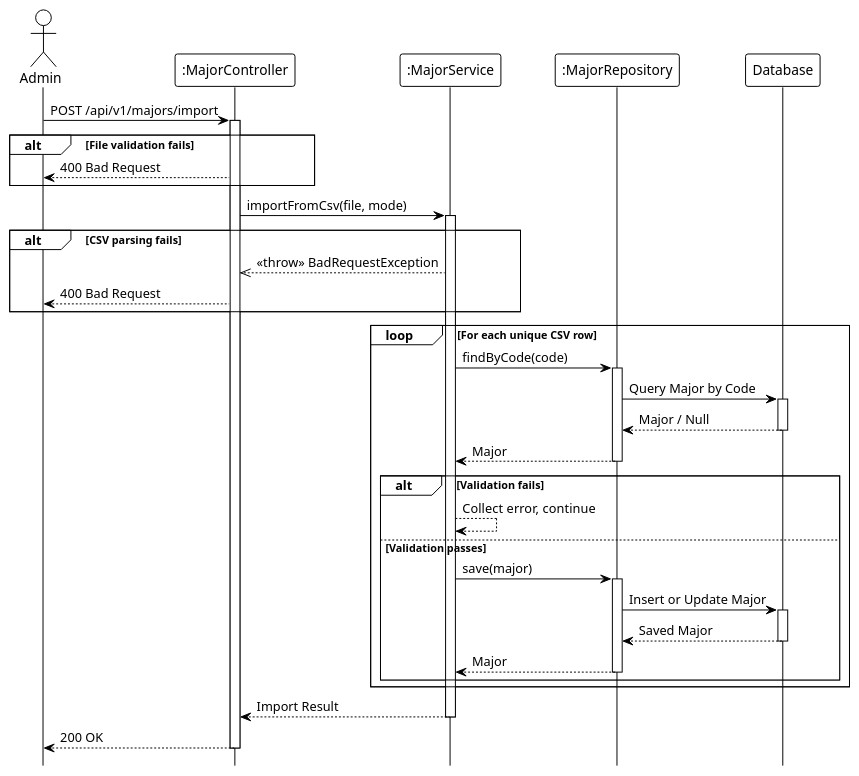
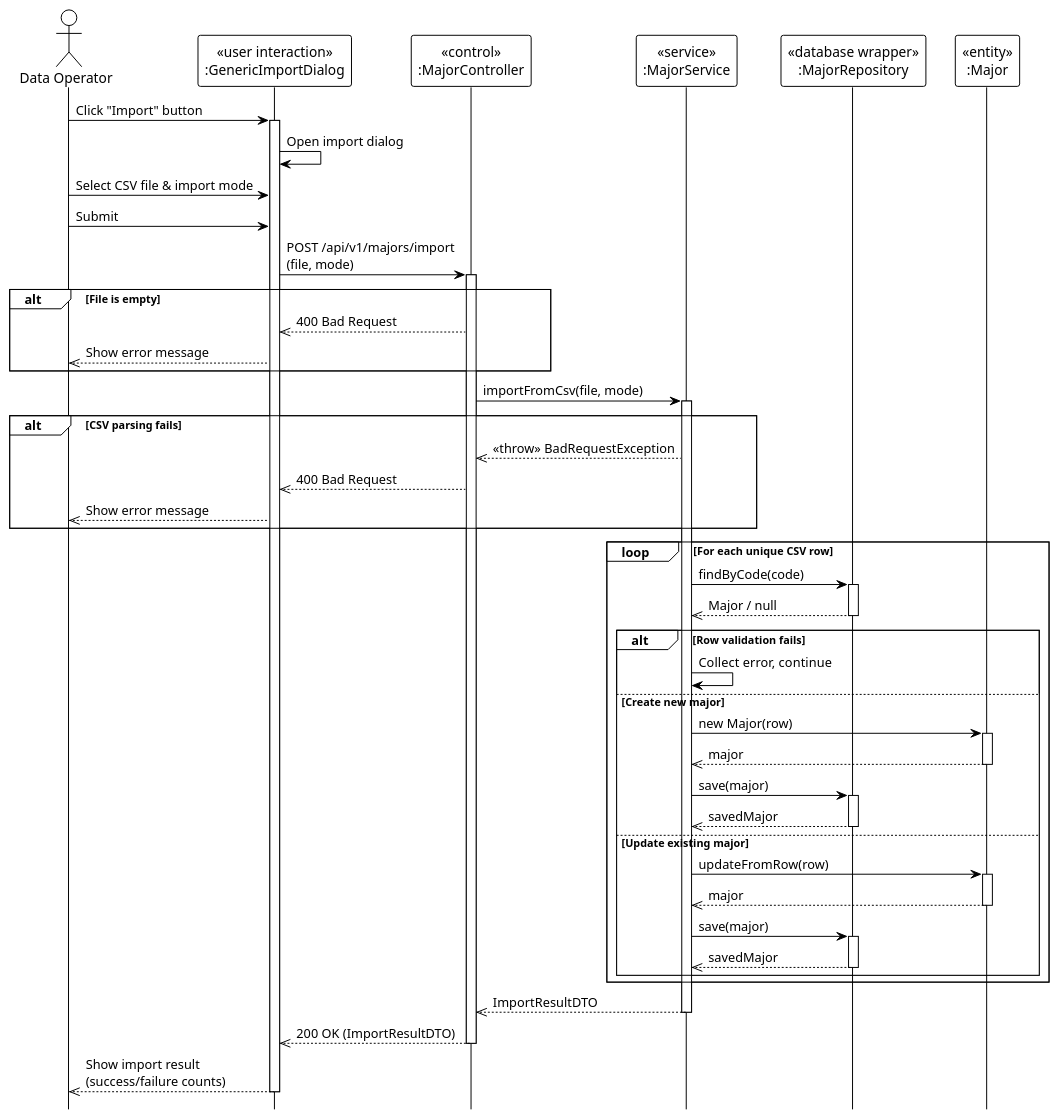
Before and after one commit to Ndh474/context: the diagram in system_detailed_design/16_import_csv_major/sequence_diagram_import_csv_major.puml, drawn with PlantUML. The commit also changed 6 other files, not shown here.

Commit message:
docs(system_detailed_design): add UML stereotypes to major sequence diagrams

```diff
--- a/system_detailed_design/16_import_csv_major/sequence_diagram_import_csv_major.puml
+++ b/system_detailed_design/16_import_csv_major/sequence_diagram_import_csv_major.puml
@@ -1,72 +1,81 @@
 @startuml import_csv_major
 !theme plain
 hide footbox
 
-actor Admin
-participant ":MajorController" as Controller
-participant ":MajorService" as Service
-participant ":MajorRepository" as Repository
-participant "Database" as DB
+actor "Data Operator" as DataOperator
 
-' --- MAIN FLOW ---
-Admin -> Controller: POST /api/v1/majors/import
+participant "«user interaction»\n:GenericImportDialog" as UI
+participant "«control»\n:MajorController" as Controller
+participant "«service»\n:MajorService" as Service
+participant "«database wrapper»\n:MajorRepository" as Repository
+participant "«entity»\n:Major" as Entity
+
+' === MAIN FLOW ===
+DataOperator -> UI: Click "Import" button
+activate UI
+
+UI -> UI: Open import dialog
+
+DataOperator -> UI: Select CSV file & import mode
+
+DataOperator -> UI: Submit
+UI -> Controller: POST /api/v1/majors/import\n(file, mode)
 activate Controller
 
-' File validation (internal)
-
-alt File validation fails
-    Controller --> Admin: 400 Bad Request
+alt File is empty
+    Controller -->> UI: 400 Bad Request
+    UI -->> DataOperator: Show error message
 end
 
 Controller -> Service: importFromCsv(file, mode)
 activate Service
 
-' CSV parsing and deduplication (internal)
-
+' === PARSE CSV ===
 alt CSV parsing fails
     Service -->> Controller: <<throw>> BadRequestException
-    Controller --> Admin: 400 Bad Request
+    Controller -->> UI: 400 Bad Request
+    UI -->> DataOperator: Show error message
 end
 
-' --- BATCH PROCESSING LOOP ---
+' === BATCH PROCESSING ===
 loop For each unique CSV row
-    ' Row validation (internal)
-
     Service -> Repository: findByCode(code)
     activate Repository
-
-    Repository -> DB: Query Major by Code
-    activate DB
-    DB --> Repository: Major / Null
-    deactivate DB
-
-    Repository --> Service: Major
+    Repository -->> Service: Major / null
     deactivate Repository
 
-    ' Business logic: create or update based on mode (internal)
+    alt Row validation fails
+        Service -> Service: Collect error, continue
+    else Create new major
+        Service -> Entity: new Major(row)
+        activate Entity
+        Entity -->> Service: major
+        deactivate Entity
 
-    alt Validation fails
-        Service --> Service: Collect error, continue
-    else Validation passes
         Service -> Repository: save(major)
         activate Repository
+        Repository -->> Service: savedMajor
+        deactivate Repository
+    else Update existing major
+        Service -> Entity: updateFromRow(row)
+        activate Entity
+        Entity -->> Service: major
+        deactivate Entity
 
-        Repository -> DB: Insert or Update Major
-        activate DB
-        DB --> Repository: Saved Major
-        deactivate DB
-
-        Repository --> Service: Major
+        Service -> Repository: save(major)
+        activate Repository
+        Repository -->> Service: savedMajor
         deactivate Repository
     end
 end
 
-' Build result with success/failure counts (internal)
-
-Service --> Controller: Import Result
+Service -->> Controller: ImportResultDTO
 deactivate Service
 
-Controller --> Admin: 200 OK
+Controller -->> UI: 200 OK (ImportResultDTO)
 deactivate Controller
 
+UI -->> DataOperator: Show import result\n(success/failure counts)
+deactivate UI
+
 @enduml
```
